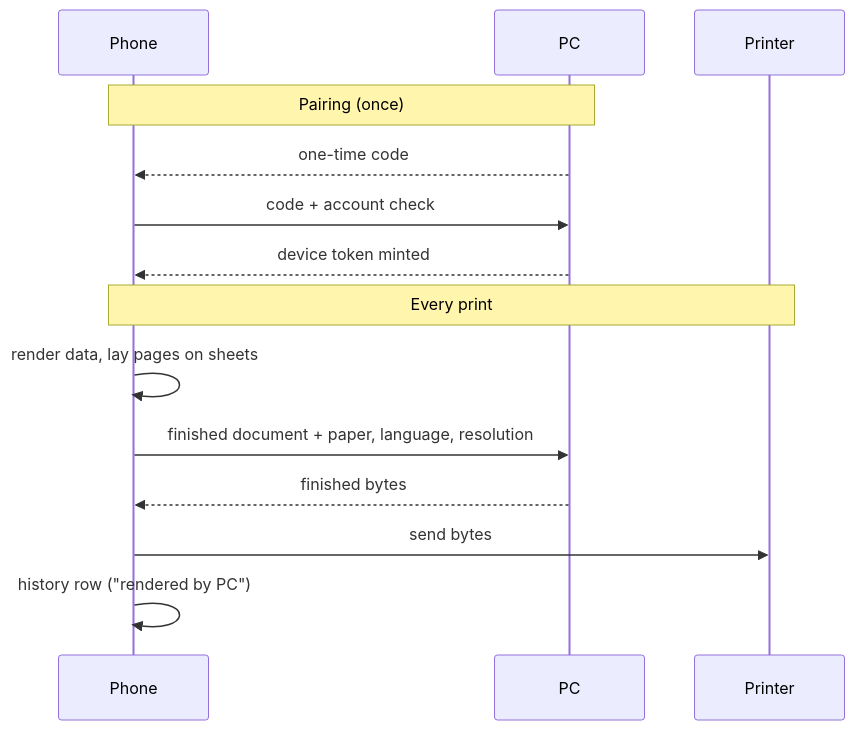
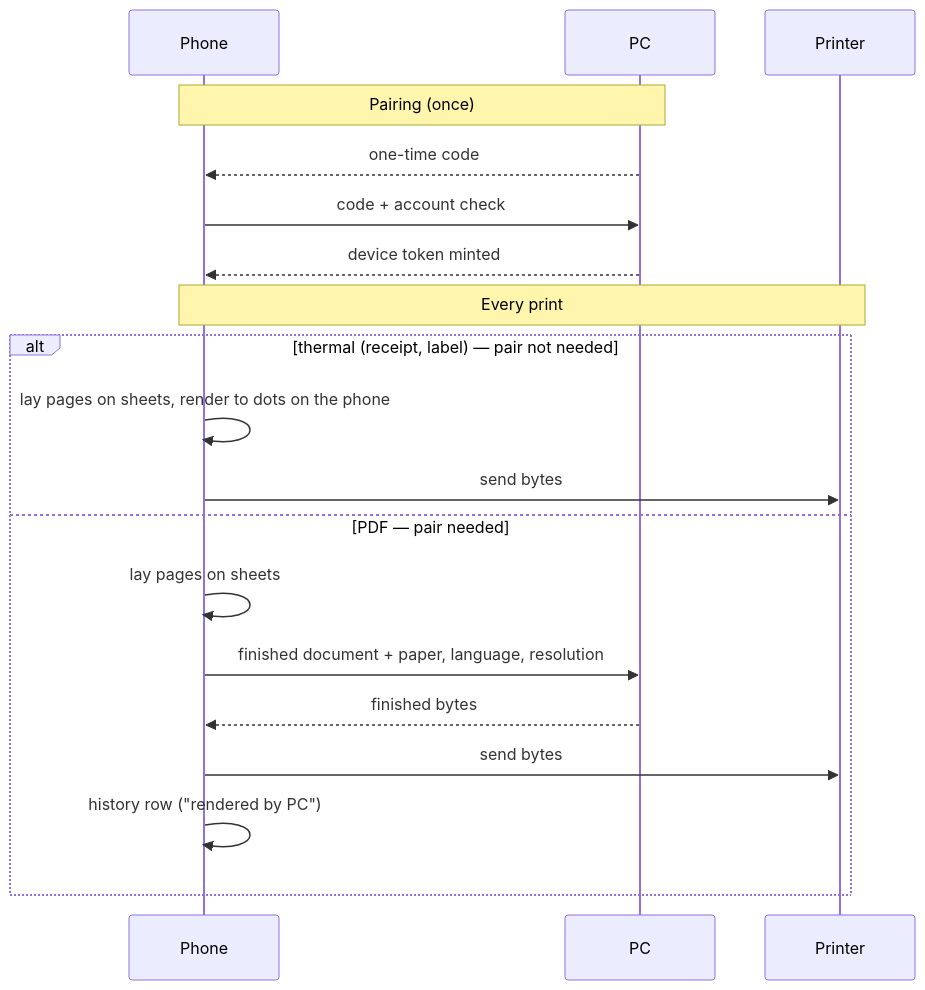
Before and after one commit to SAR-dev/PrintNinja: the third of 4 diagrams in docs/ARCHITECTURE.md, drawn with Mermaid. The commit also changed other lines of this file and 15 other files, not shown here.

````diff
--- a/docs/ARCHITECTURE.md
+++ b/docs/ARCHITECTURE.md
@@ -93,16 +95,21 @@
 ```mermaid
 sequenceDiagram
     participant P as Phone
     participant C as PC
     participant R as Printer
     Note over P,C: Pairing (once)
     C-->>P: one-time code
     P->>C: code + account check
     C-->>P: device token minted
     Note over P,R: Every print
-    P->>P: render data, lay pages on sheets
-    P->>C: finished document + paper, language, resolution
-    C-->>P: finished bytes
-    P->>R: send bytes
-    P->>P: history row ("rendered by PC")
+    alt thermal (receipt, label) — pair not needed
+        P->>P: lay pages on sheets, render to dots on the phone
+        P->>R: send bytes
+    else PDF — pair needed
+        P->>P: lay pages on sheets
+        P->>C: finished document + paper, language, resolution
+        C-->>P: finished bytes
+        P->>R: send bytes
+        P->>P: history row ("rendered by PC")
+    end
 ```
````
